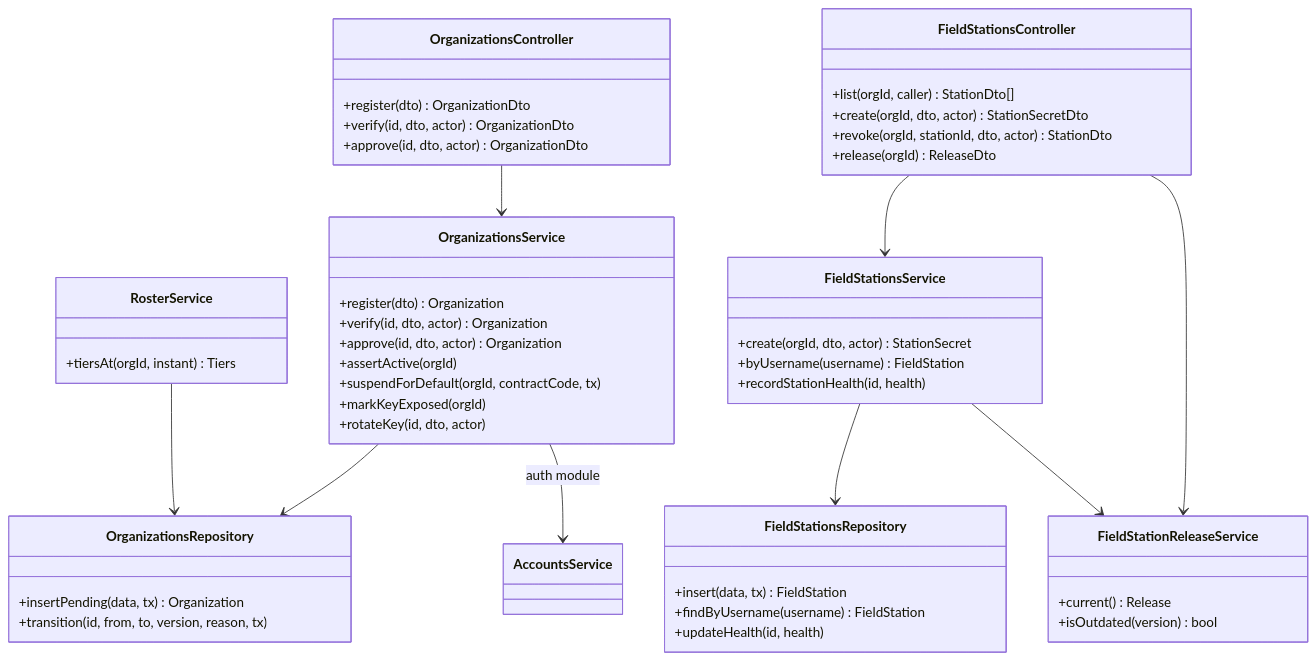
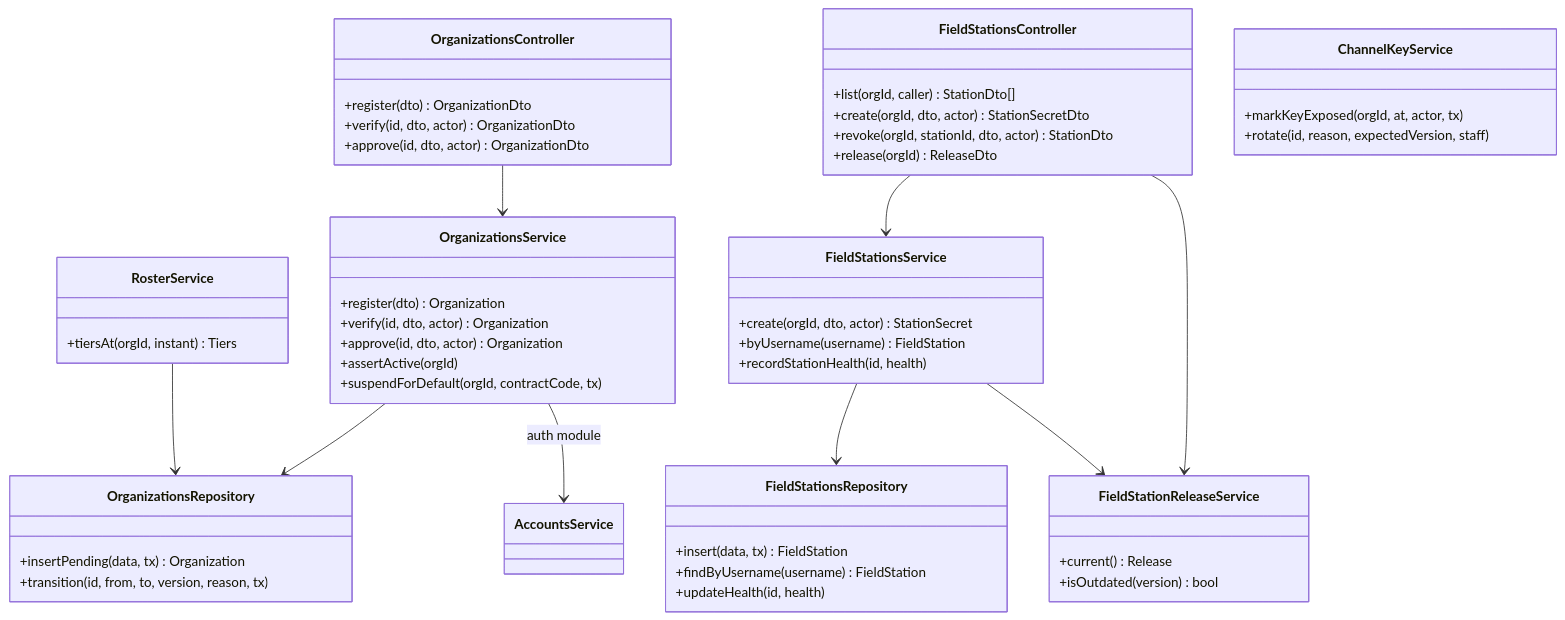
The fourth of 11 diagrams in specs/organizations/design.md (TrekLink-Team/treklink-web), drawn with Mermaid before and after one commit. The commit also changed 9 other files, not shown here.

First line of the commit message:
fix(TK-120): review of markKeyExposed, devices specs name the real call

````diff
--- a/specs/organizations/design.md
+++ b/specs/organizations/design.md
@@ -218,53 +218,55 @@
 ```mermaid
 classDiagram
     class OrganizationsController {
         +register(dto) OrganizationDto
         +verify(id, dto, actor) OrganizationDto
         +approve(id, dto, actor) OrganizationDto
     }
     class FieldStationsController {
         +list(orgId, caller) StationDto[]
         +create(orgId, dto, actor) StationSecretDto
         +revoke(orgId, stationId, dto, actor) StationDto
         +release(orgId) ReleaseDto
     }
     class OrganizationsService {
         +register(dto) Organization
         +verify(id, dto, actor) Organization
         +approve(id, dto, actor) Organization
         +assertActive(orgId)
         +suspendForDefault(orgId, contractCode, tx)
-        +markKeyExposed(orgId)
-        +rotateKey(id, dto, actor)
+    }
+    class ChannelKeyService {
+        +markKeyExposed(orgId, at, actor, tx)
+        +rotate(id, reason, expectedVersion, staff)
     }
     class RosterService {
         +tiersAt(orgId, instant) Tiers
     }
     class FieldStationsService {
         +create(orgId, dto, actor) StationSecret
         +byUsername(username) FieldStation
         +recordStationHealth(id, health)
     }
     class FieldStationReleaseService {
         +current() Release
         +isOutdated(version) bool
     }
     class OrganizationsRepository {
         +insertPending(data, tx) Organization
         +transition(id, from, to, version, reason, tx)
     }
     class FieldStationsRepository {
         +insert(data, tx) FieldStation
         +findByUsername(username) FieldStation
         +updateHealth(id, health)
     }
     class AccountsService
     OrganizationsController --> OrganizationsService
     FieldStationsController --> FieldStationsService
     FieldStationsController --> FieldStationReleaseService
     OrganizationsService --> OrganizationsRepository
     OrganizationsService --> AccountsService : auth module
     RosterService --> OrganizationsRepository
     FieldStationsService --> FieldStationsRepository
     FieldStationsService --> FieldStationReleaseService
 ```
````
